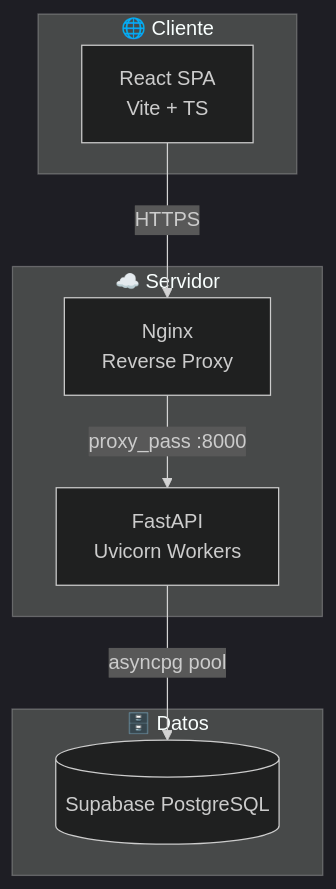
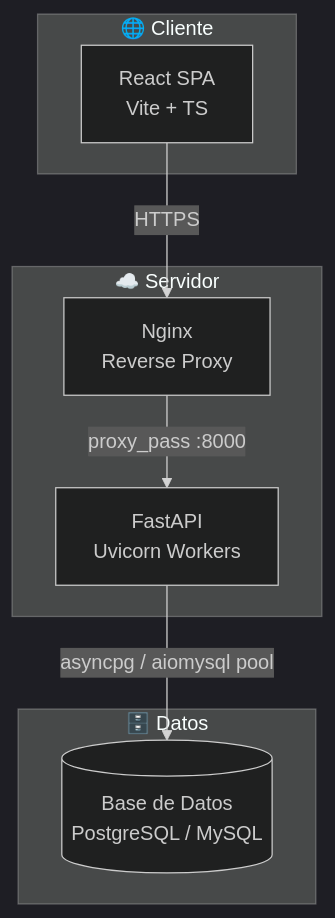
The first of 4 diagrams in ENTREGABLES_SIGAI_SES/01_DOCUMENTACION_TECNICA/ARQUITECTURA/01_ARQUITECTURA_SISTEMA.md (mrwil82/SIGAI-SES), drawn with Mermaid (dark theme) before and after one commit. The commit also changed other lines of this file and 13 other files, not shown here.

````diff
--- a/ENTREGABLES_SIGAI_SES/01_DOCUMENTACION_TECNICA/ARQUITECTURA/01_ARQUITECTURA_SISTEMA.md
+++ b/ENTREGABLES_SIGAI_SES/01_DOCUMENTACION_TECNICA/ARQUITECTURA/01_ARQUITECTURA_SISTEMA.md
@@ -38,16 +38,16 @@
 ```mermaid
 graph TB
     subgraph "🌐 Cliente"
         A[React SPA<br/>Vite + TS]
     end
     subgraph "☁️ Servidor"
         B[Nginx<br/>Reverse Proxy]
         C[FastAPI<br/>Uvicorn Workers]
     end
     subgraph "🗄️ Datos"
-        D[(Supabase PostgreSQL)]
+        D[(Base de Datos<br/>PostgreSQL / MySQL)]
     end
     A -->|HTTPS| B
     B -->|proxy_pass :8000| C
-    C -->|asyncpg pool| D
+    C -->|asyncpg / aiomysql pool| D
 ```
````
